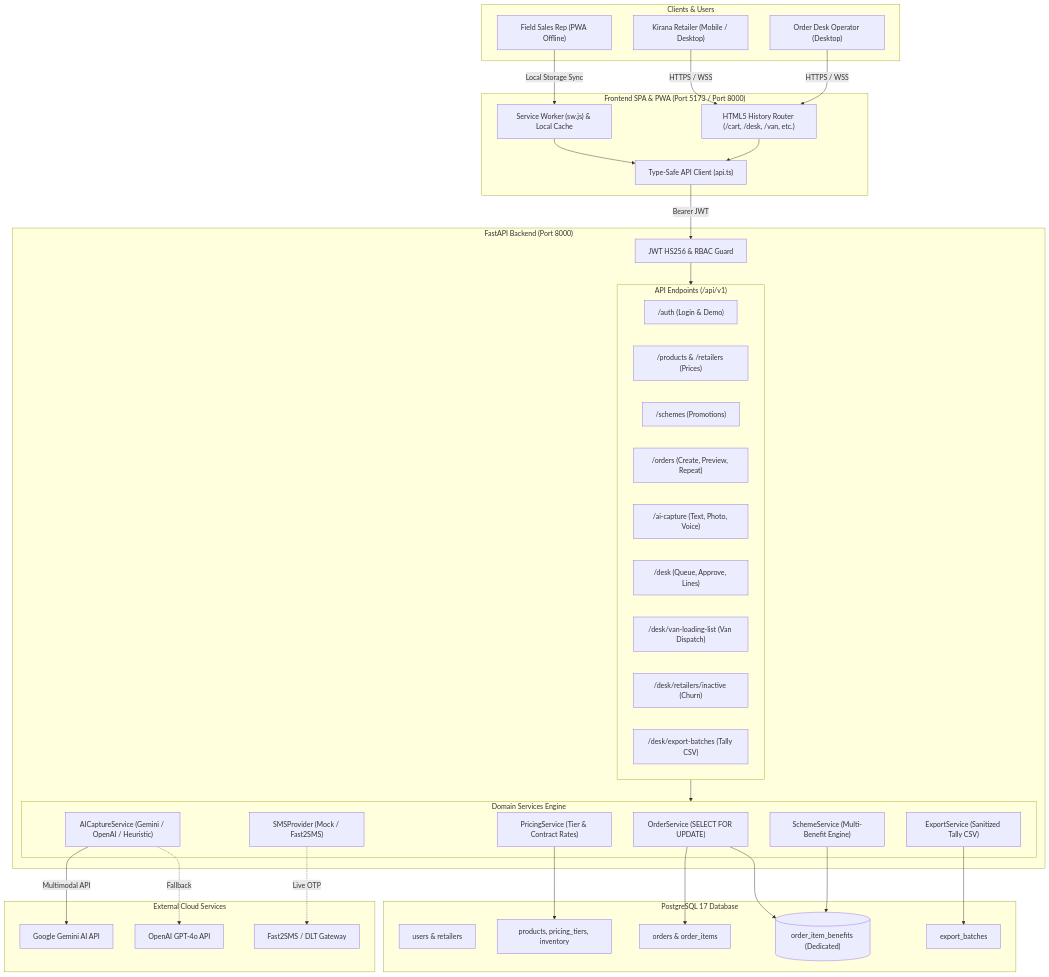
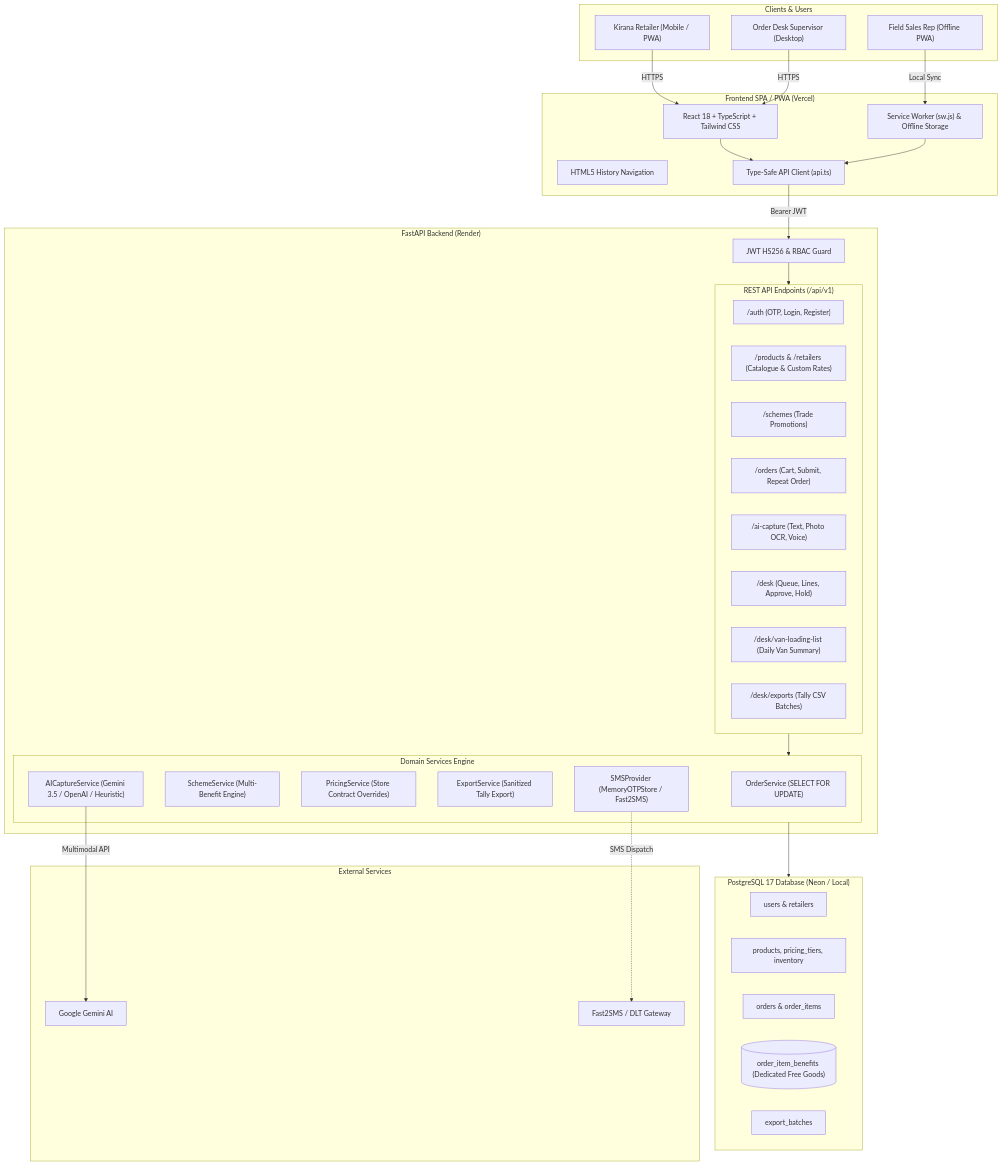
Before and after one commit to Surendra571/VyapaarSetu: the diagram in README.md, drawn with Mermaid. The commit also changed other lines of this file and 4 other files, not shown here.

````diff
--- a/README.md
+++ b/README.md
@@ -93,73 +44,64 @@
 ```mermaid
 flowchart TD
     subgraph Clients["Clients & Users"]
-        R["Kirana Retailer (Mobile / Desktop)"]
-        D["Order Desk Operator (Desktop)"]
-        S["Field Sales Rep (PWA Offline)"]
+        R["Kirana Retailer (Mobile / PWA)"]
+        D["Order Desk Supervisor (Desktop)"]
+        S["Field Sales Rep (Offline PWA)"]
     end
 
-    subgraph Frontend["Frontend SPA & PWA (Port 5173 / Port 8000)"]
-        SW["Service Worker (sw.js) & Local Cache"]
-        Router["HTML5 History Router (/cart, /desk, /van, etc.)"]
+    subgraph Frontend["Frontend SPA / PWA (Vercel)"]
+        SW["Service Worker (sw.js) & Offline Storage"]
+        UI["React 18 + TypeScript + Tailwind CSS"]
+        Router["HTML5 History Navigation"]
         Client["Type-Safe API Client (api.ts)"]
     end
 
-    subgraph Backend["FastAPI Backend (Port 8000)"]
+    subgraph Backend["FastAPI Backend (Render)"]
         AuthMiddleware["JWT HS256 & RBAC Guard"]
         
-        subgraph Endpoints["API Endpoints (/api/v1)"]
-            AuthEP["/auth (Login & Demo)"]
-            CatEP["/products & /retailers (Prices)"]
-            SchemeEP["/schemes (Promotions)"]
-            OrderEP["/orders (Create, Preview, Repeat)"]
-            AIEP["/ai-capture (Text, Photo, Voice)"]
-            DeskEP["/desk (Queue, Approve, Lines)"]
-            VanEP["/desk/van-loading-list (Van Dispatch)"]
-            InactEP["/desk/retailers/inactive (Churn)"]
-            ExportEP["/desk/export-batches (Tally CSV)"]
+        subgraph Endpoints["REST API Endpoints (/api/v1)"]
+            AuthEP["/auth (OTP, Login, Register)"]
+            CatEP["/products & /retailers (Catalogue & Custom Rates)"]
+            SchemeEP["/schemes (Trade Promotions)"]
+            OrderEP["/orders (Cart, Submit, Repeat Order)"]
+            AIEP["/ai-capture (Text, Photo OCR, Voice)"]
+            DeskEP["/desk (Queue, Lines, Approve, Hold)"]
+            VanEP["/desk/van-loading-list (Daily Van Summary)"]
+            ExportEP["/desk/exports (Tally CSV Batches)"]
         end
 
         subgraph CoreServices["Domain Services Engine"]
             OrderSvc["OrderService (SELECT FOR UPDATE)"]
             SchemeSvc["SchemeService (Multi-Benefit Engine)"]
-            PricingSvc["PricingService (Tier & Contract Rates)"]
-            ExportSvc["ExportService (Sanitized Tally CSV)"]
-            SMSSvc["SMSProvider (Mock / Fast2SMS)"]
-            AISvc["AICaptureService (Gemini / OpenAI / Heuristic)"]
+            PricingSvc["PricingService (Store Contract Overrides)"]
+            ExportSvc["ExportService (Sanitized Tally Export)"]
+            SMSSvc["SMSProvider (MemoryOTPStore / Fast2SMS)"]
+            AISvc["AICaptureService (Gemini 3.5 / OpenAI / Heuristic)"]
         end
     end
 
-    subgraph Database["PostgreSQL 17 Database"]
+    subgraph Database["PostgreSQL 17 Database (Neon / Local)"]
         T_Users["users & retailers"]
         T_Cat["products, pricing_tiers, inventory"]
         T_Orders["orders & order_items"]
-        T_Benefits[("order_item_benefits (Dedicated)")]
+        T_Benefits[("order_item_benefits (Dedicated Free Goods)")]
         T_Exports["export_batches"]
     end
 
-    subgraph External["External Cloud Services"]
-        GeminiCloud["Google Gemini AI API"]
-        OpenAICloud["OpenAI GPT-4o API"]
+    subgraph External["External Services"]
+        GeminiCloud["Google Gemini AI"]
         SMSGateway["Fast2SMS / DLT Gateway"]
     end
 
-    R -->|HTTPS / WSS| Router
-    D -->|HTTPS / WSS| Router
-    S -->|Local Storage Sync| SW
+    R -->|HTTPS| UI
+    D -->|HTTPS| UI
+    S -->|Local Sync| SW
+    UI --> Client
     SW --> Client
-    Router --> Client
     Client -->|Bearer JWT| AuthMiddleware
-
     AuthMiddleware --> Endpoints
     Endpoints --> CoreServices
-
-    OrderSvc --> T_Orders
-    OrderSvc --> T_Benefits
-    SchemeSvc --> T_Benefits
-    PricingSvc --> T_Cat
-    ExportSvc --> T_Exports
-
+    CoreServices --> Database
     AISvc -->|Multimodal API| GeminiCloud
-    AISvc -.->|Fallback| OpenAICloud
-    SMSSvc -.->|Live OTP| SMSGateway
+    SMSSvc -.->|SMS Dispatch| SMSGateway
 ```
````
